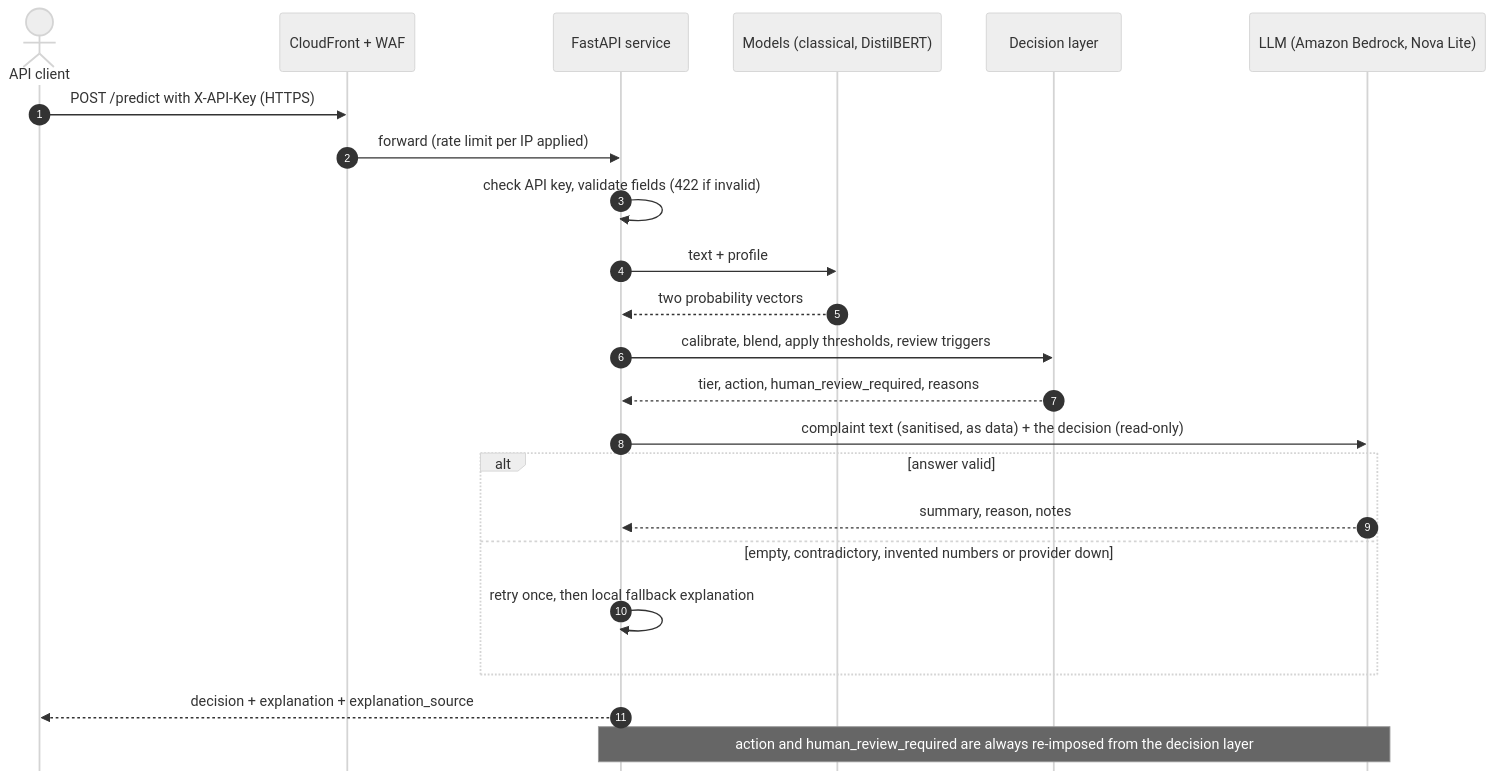
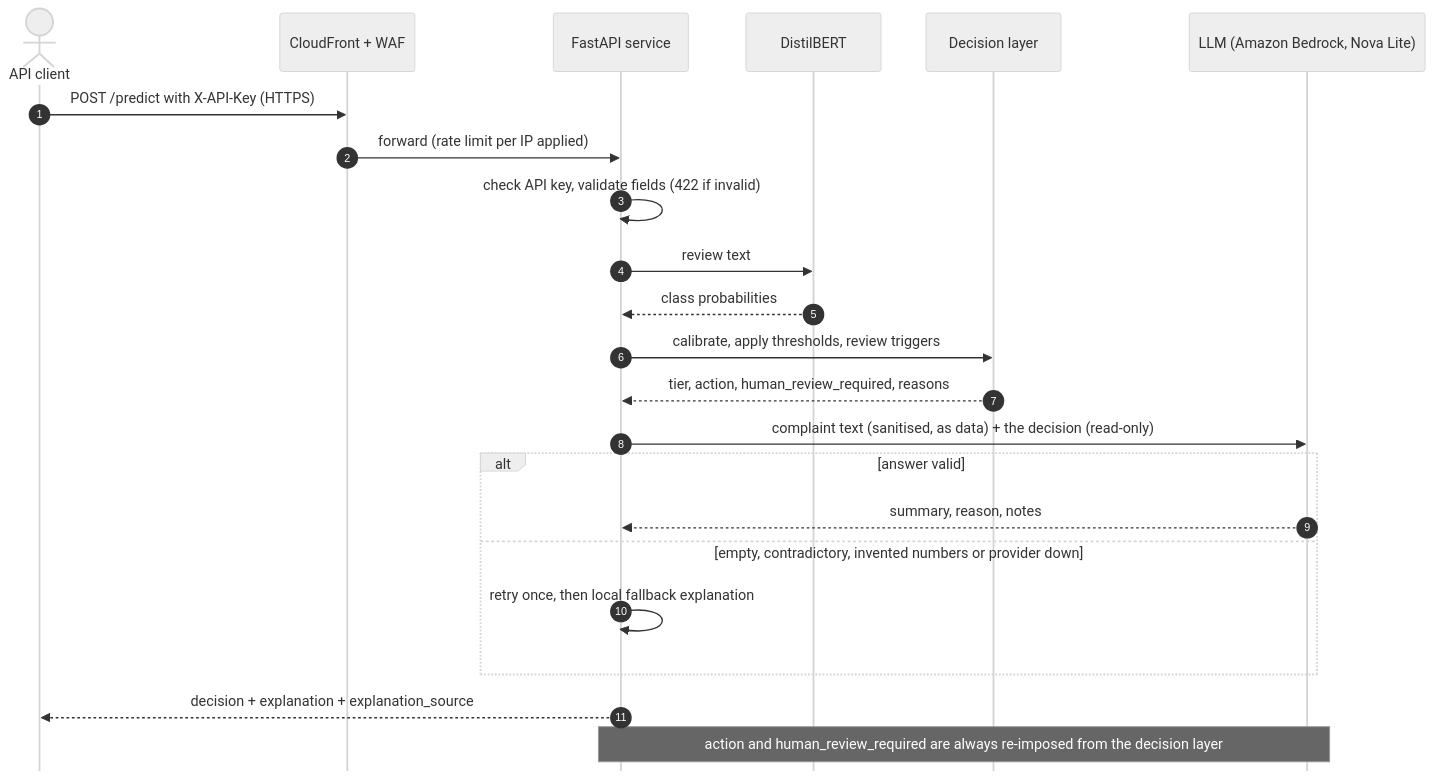
One commit to anandapurva55/hybrid-complaint-risk-ai changed the first of 2 diagrams in README.md. Above: the diagram before and after it, drawn with Mermaid. The commit also changed other lines of this file and 50 other files, not shown here.

First line of the commit message:
Serve DistilBERT alone; reduce sarcasm failures; add load, judge and synthetic evaluations

````diff
--- a/README.md
+++ b/README.md
@@ -92,27 +92,27 @@
 ```mermaid
 %%{init: {'theme': 'neutral', 'sequence': {'mirrorActors': false, 'messageMargin': 28}}}%%
 sequenceDiagram
     autonumber
     actor C as API client
     participant E as CloudFront + WAF
     participant A as FastAPI service
-    participant M as Models (classical, DistilBERT)
+    participant M as DistilBERT
     participant D as Decision layer
     participant L as LLM (Amazon Bedrock, Nova Lite)
 
     C->>E: POST /predict with X-API-Key (HTTPS)
     E->>A: forward (rate limit per IP applied)
     A->>A: check API key, validate fields (422 if invalid)
-    A->>M: text + profile
-    M-->>A: two probability vectors
-    A->>D: calibrate, blend, apply thresholds, review triggers
+    A->>M: review text
+    M-->>A: class probabilities
+    A->>D: calibrate, apply thresholds, review triggers
     D-->>A: tier, action, human_review_required, reasons
     A->>L: complaint text (sanitised, as data) + the decision (read-only)
     alt answer valid
         L-->>A: summary, reason, notes
     else empty, contradictory, invented numbers or provider down
         A->>A: retry once, then local fallback explanation
     end
     A-->>C: decision + explanation + explanation_source
     Note over A,L: action and human_review_required are always re-imposed from the decision layer
 ```
````
